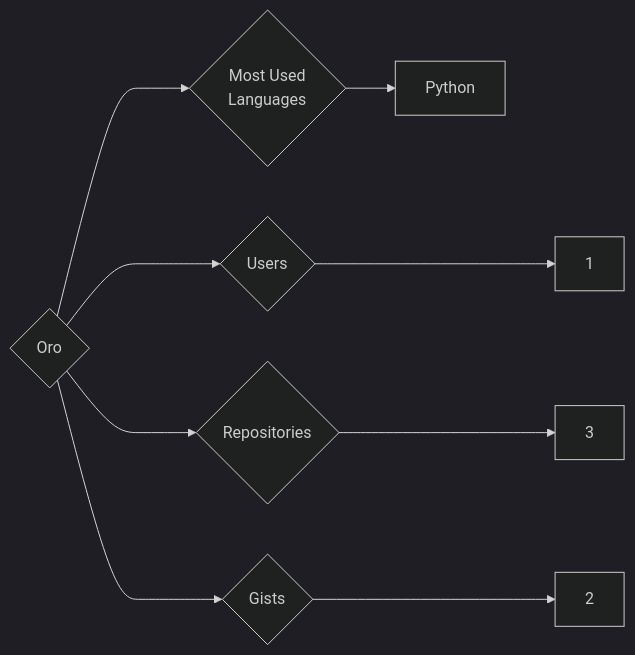
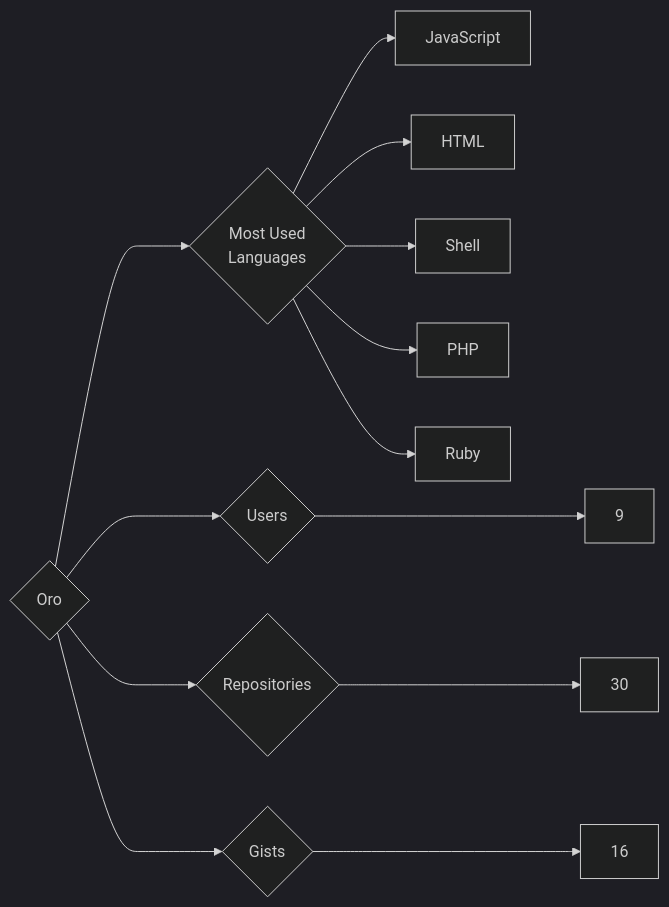
Before and after one commit to trickest/insiders: the diagram in targets/Oro/README.md, drawn with Mermaid (dark theme). The commit also changed 1011 other files, not shown here.

````diff
--- a/targets/Oro/README.md
+++ b/targets/Oro/README.md
@@ -3,9 +3,13 @@
 ```mermaid
 graph LR
 COMPANY_NAME{Oro}
-COMPANY_NAME ---> U{Users} ---> UN[1]
-COMPANY_NAME ---> R{Repositories} ---> RN[3]
-COMPANY_NAME ---> G{Gists} ---> GN[2]
+COMPANY_NAME ---> U{Users} ---> UN[9]
+COMPANY_NAME ---> R{Repositories} ---> RN[30]
+COMPANY_NAME ---> G{Gists} ---> GN[16]
 COMPANY_NAME ---> ML{Most Used<br>Languages}
-ML --> Python[Python]
+ML --> JavaScript[JavaScript]
+ML --> HTML[HTML]
+ML --> Shell[Shell]
+ML --> PHP[PHP]
+ML --> Ruby[Ruby]
 ```
````
